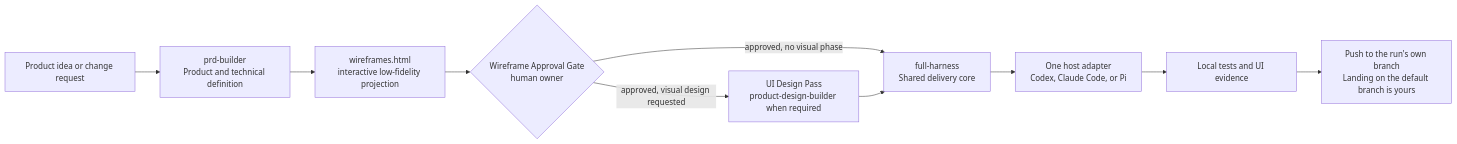
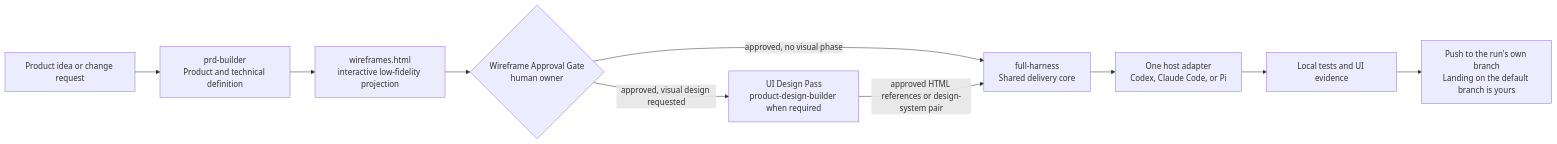
Before and after one commit to Phlegonlabs/product-delivery-harness: the first of 2 diagrams in README.md, drawn with Mermaid. The commit also changed other lines of this file and 2 other files, not shown here.

Commit message:
docs: document the HTML UI references flow in READMEs

````diff
--- a/README.md
+++ b/README.md
@@ -69,12 +70,12 @@
 ```mermaid
 flowchart LR
   Idea["Product idea or change request"] --> PRD["prd-builder\nProduct and technical definition"]
   PRD --> Wireframe["wireframes.html\ninteractive low-fidelity projection"]
   Wireframe --> Gate{"Wireframe Approval Gate\nhuman owner"}
   Gate -->|"approved, visual design requested"| Design["UI Design Pass\nproduct-design-builder when required"]
   Gate -->|"approved, no visual phase"| Harness["full-harness\nShared delivery core"]
-  Design --> Harness
+  Design -->|"approved HTML references or design-system pair"| Harness
   Harness --> Runtime["One host adapter\nCodex, Claude Code, or Pi"]
   Runtime --> Evidence["Local tests and UI evidence"]
   Evidence --> Push["Push to the run's own branch\nLanding on the default branch is yours"]
 ```
````
